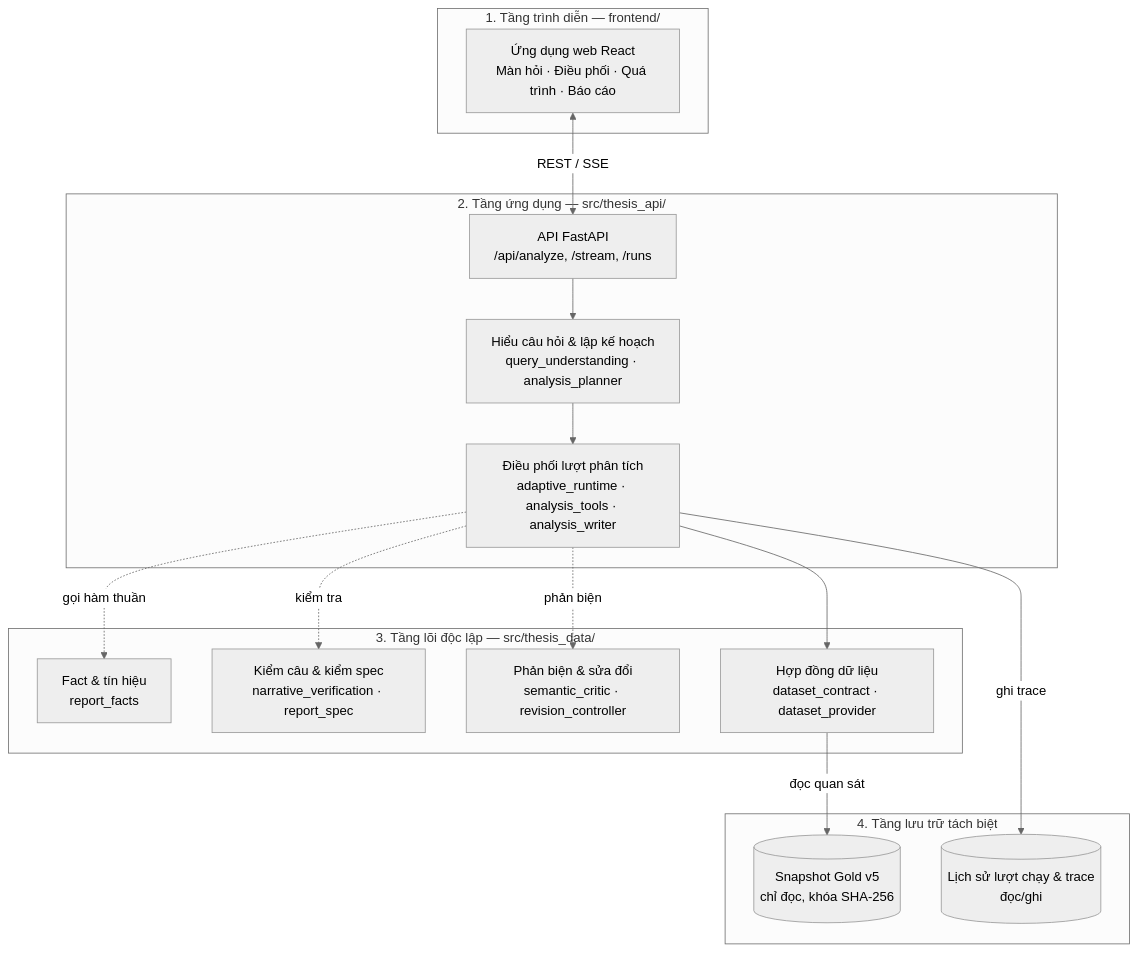
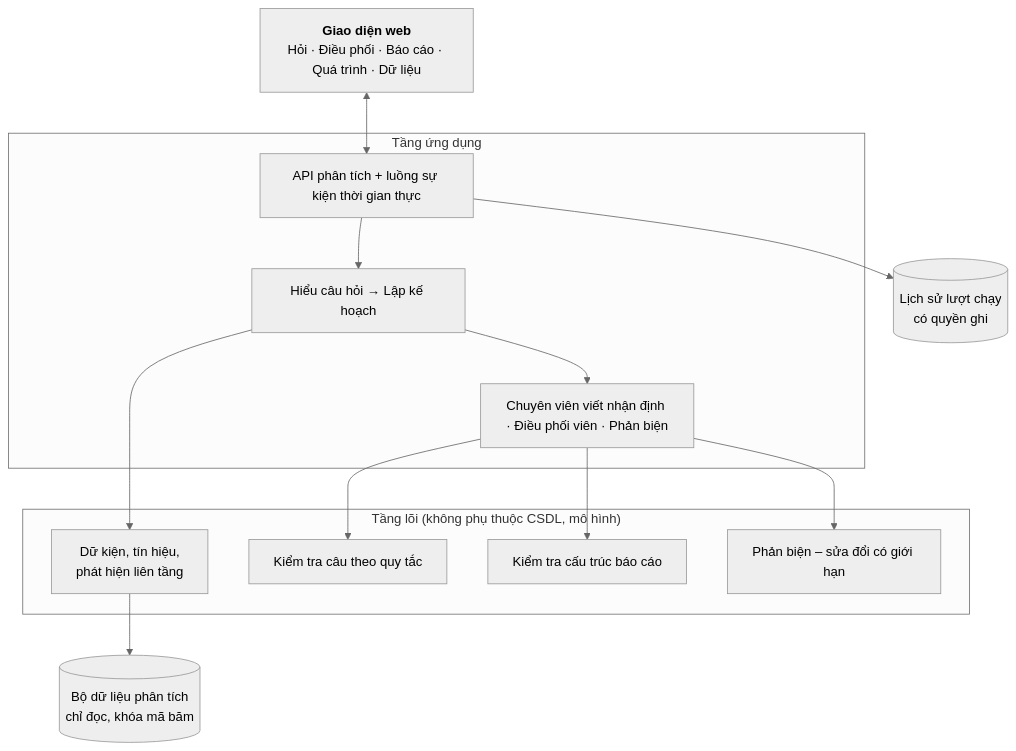
One commit to thaicuong576/final-thesis changed the diagram in docs/thesis-v2/figures/hinh-4-1-kien-truc-phan-tang.mmd. Above: the diagram before and after it, drawn with Mermaid (neutral theme). The commit also changed 21 other files, not shown here.

First line of the commit message:
docs(thesis): condense to ~60 pages and report the ten-bank evaluation (#148)

```diff
--- a/docs/thesis-v2/figures/hinh-4-1-kien-truc-phan-tang.mmd
+++ b/docs/thesis-v2/figures/hinh-4-1-kien-truc-phan-tang.mmd
@@ -1,31 +1,23 @@
 flowchart TB
-    subgraph L1 ["1. Tầng trình diễn — frontend/"]
-        UI["Ứng dụng web React<br/>Màn hỏi · Điều phối · Quá trình · Báo cáo"]
+    UI["<b>Giao diện web</b><br/>Hỏi · Điều phối · Báo cáo · Quá trình · Dữ liệu"]
+    subgraph App ["Tầng ứng dụng"]
+        API["API phân tích + luồng sự kiện thời gian thực"]
+        QP["Hiểu câu hỏi → Lập kế hoạch"]
+        AG["Chuyên viên viết nhận định · Điều phối viên · Phản biện"]
     end
-
-    subgraph L2 ["2. Tầng ứng dụng — src/thesis_api/"]
-        API["API FastAPI<br/>/api/analyze, /stream, /runs"]
-        PLAN["Hiểu câu hỏi & lập kế hoạch<br/>query_understanding · analysis_planner"]
-        RUN["Điều phối lượt phân tích<br/>adaptive_runtime · analysis_tools · analysis_writer"]
+    subgraph Core ["Tầng lõi (không phụ thuộc CSDL, mô hình)"]
+        F["Dữ kiện, tín hiệu,<br/>phát hiện liên tầng"]
+        V["Kiểm tra câu theo quy tắc"]
+        S["Kiểm tra cấu trúc báo cáo"]
+        R["Phản biện – sửa đổi có giới hạn"]
     end
-
-    subgraph L3 ["3. Tầng lõi độc lập — src/thesis_data/"]
-        FACT["Fact & tín hiệu<br/>report_facts"]
-        VER["Kiểm câu & kiểm spec<br/>narrative_verification · report_spec"]
-        CRIT["Phản biện & sửa đổi<br/>semantic_critic · revision_controller"]
-        PROV["Hợp đồng dữ liệu<br/>dataset_contract · dataset_provider"]
-    end
-
-    subgraph L4 ["4. Tầng lưu trữ tách biệt"]
-        GOLD[("Snapshot Gold v5<br/>chỉ đọc, khóa SHA-256")]
-        RUNS[("Lịch sử lượt chạy & trace<br/>đọc/ghi")]
-    end
-
-    UI <-->|REST / SSE| API
-    API --> PLAN --> RUN
-    RUN -.->|gọi hàm thuần| FACT
-    RUN -.->|kiểm tra| VER
-    RUN -.->|phản biện| CRIT
-    RUN --> PROV
-    PROV -->|đọc quan sát| GOLD
-    RUN -->|ghi trace| RUNS
+    DB[("Bộ dữ liệu phân tích<br/>chỉ đọc, khóa mã băm")]
+    RUNS[("Lịch sử lượt chạy<br/>có quyền ghi")]
+    UI <--> API
+    API --> QP --> AG
+    QP --> F
+    AG --> V
+    AG --> S
+    AG --> R
+    F --> DB
+    API --> RUNS
```
